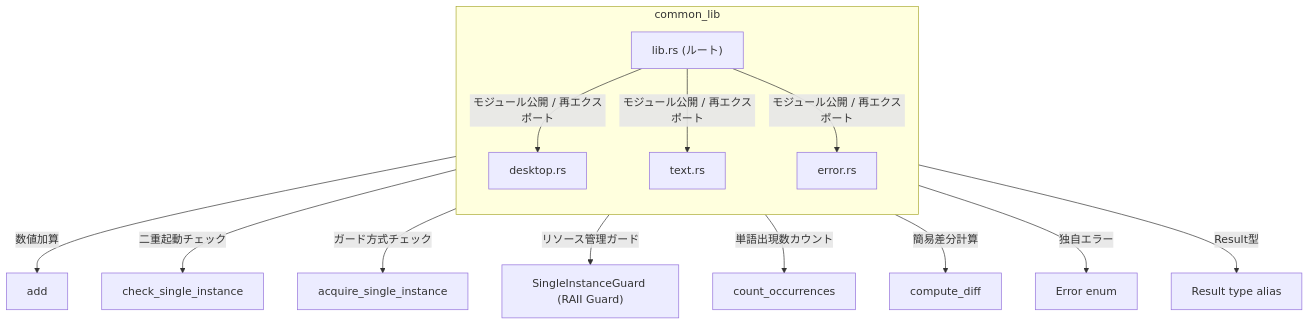
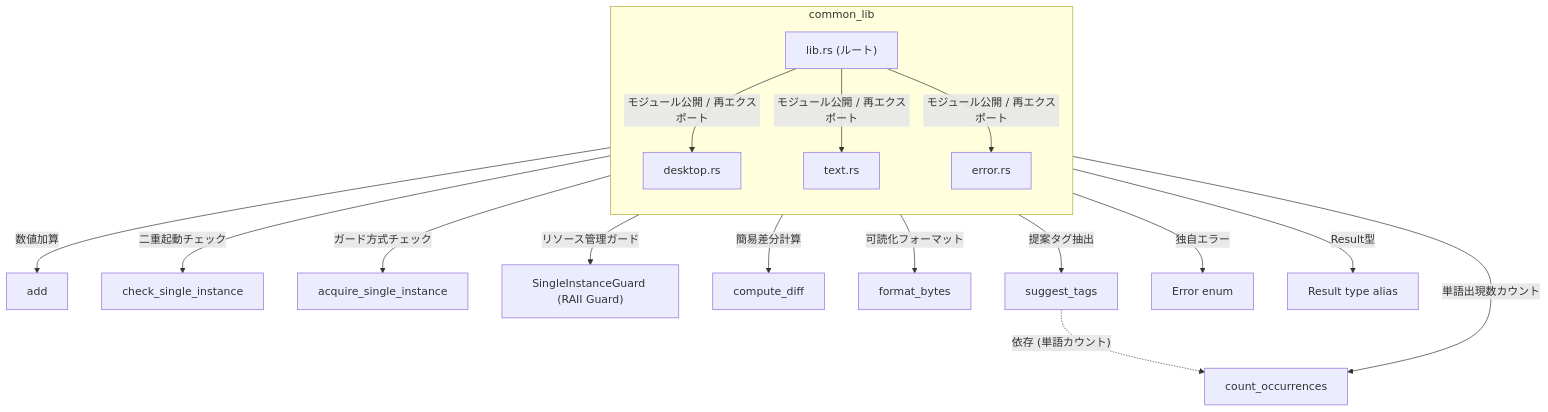
One commit to tkshnkgwr/common_lib changed the first of 3 diagrams in docs/DIAGRAM.md. Above: the diagram before and after it, drawn with Mermaid. The commit also changed 10 other files, not shown here.

Commit message:
提案タグ抽出関数 suggest_tags の追加と各種ドキュメントの更新

````diff
--- a/docs/DIAGRAM.md
+++ b/docs/DIAGRAM.md
@@ -7,25 +7,29 @@
 ```mermaid
 graph TD
     subgraph common_lib
         direction TB
         lib["lib.rs (ルート)"]
         desktop["desktop.rs"]
         text["text.rs"]
         error["error.rs"]
     end
 
     lib -->|"モジュール公開 / 再エクスポート"| desktop
     lib -->|"モジュール公開 / 再エクスポート"| text
     lib -->|"モジュール公開 / 再エクスポート"| error
     lib -->|"数値加算"| add["add"]
 
     desktop -->|"二重起動チェック"| check_single_instance["check_single_instance"]
     desktop -->|"ガード方式チェック"| acquire_single_instance["acquire_single_instance"]
     desktop -->|"リソース管理ガード"| SingleInstanceGuard["SingleInstanceGuard (RAII Guard)"]
 
     text -->|"単語出現数カウント"| count_occurrences["count_occurrences"]
     text -->|"簡易差分計算"| compute_diff["compute_diff"]
+    text -->|"可読化フォーマット"| format_bytes["format_bytes"]
+    text -->|"提案タグ抽出"| suggest_tags["suggest_tags"]
+
+    suggest_tags -.->|"依存 (単語カウント)"| count_occurrences
 
     error -->|"独自エラー"| Error["Error enum"]
     error -->|"Result型"| Result["Result type alias"]
 ```
````
